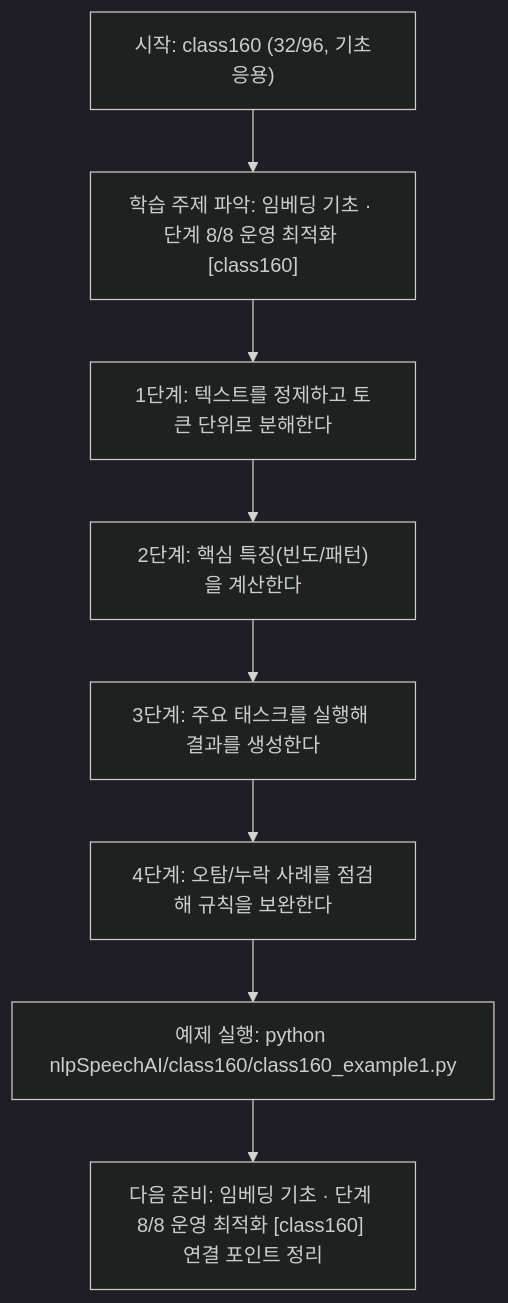
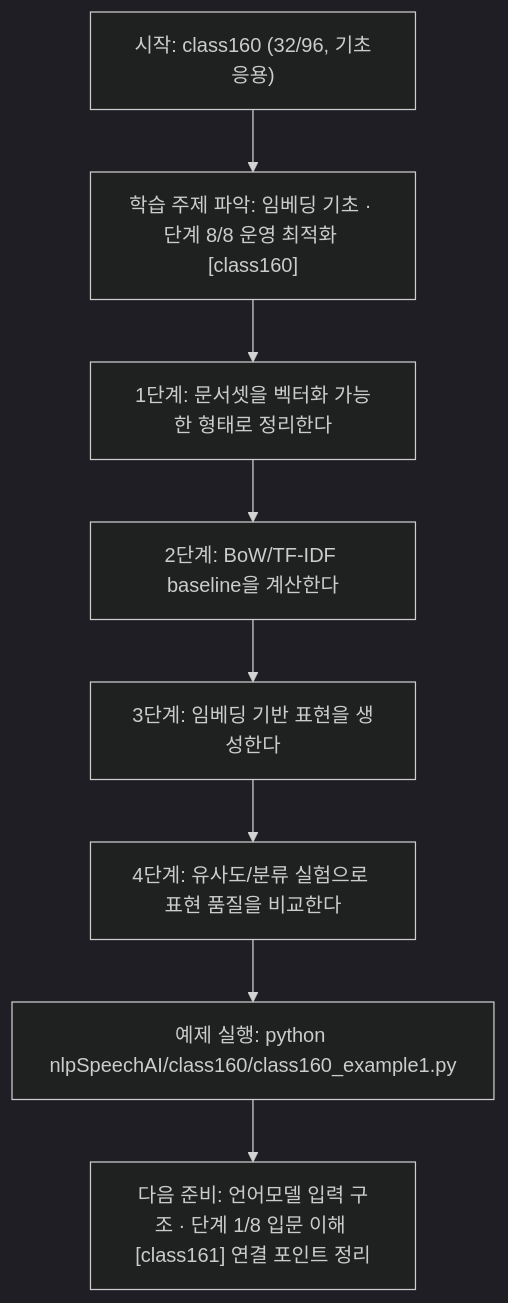
Before and after one commit to edumgt/Python-AI_Agent-Class: the diagram in nlpSpeechAI/class160/class160.md, drawn with Mermaid (dark theme). The commit also changed other lines of this file and 1122 other files, not shown here.

````diff
--- a/nlpSpeechAI/class160/class160.md
+++ b/nlpSpeechAI/class160/class160.md
@@ -113,18 +95,18 @@
 ```mermaid
 flowchart TD
 N1["시작: class160 (32/96, 기초응용)"]
 N2["학습 주제 파악: 임베딩 기초 · 단계 8/8 운영 최적화 [class160]"]
-N3["1단계: 텍스트를 정제하고 토큰 단위로 분해한다"]
-N4["2단계: 핵심 특징(빈도/패턴)을 계산한다"]
-N5["3단계: 주요 태스크를 실행해 결과를 생성한다"]
-N6["4단계: 오탐/누락 사례를 점검해 규칙을 보완한다"]
+N3["1단계: 문서셋을 벡터화 가능한 형태로 정리한다"]
+N4["2단계: BoW/TF-IDF baseline을 계산한다"]
+N5["3단계: 임베딩 기반 표현을 생성한다"]
+N6["4단계: 유사도/분류 실험으로 표현 품질을 비교한다"]
 N7["예제 실행: python nlpSpeechAI/class160/class160_example1.py"]
-N8["다음 준비: 임베딩 기초 · 단계 8/8 운영 최적화 [class160] 연결 포인트 정리"]
+N8["다음 준비: 언어모델 입력 구조 · 단계 1/8 입문 이해 [class161] 연결 포인트 정리"]
 N1 --> N2
 N2 --> N3
 N3 --> N4
 N4 --> N5
 N5 --> N6
 N6 --> N7
 N7 --> N8
 ```
````
